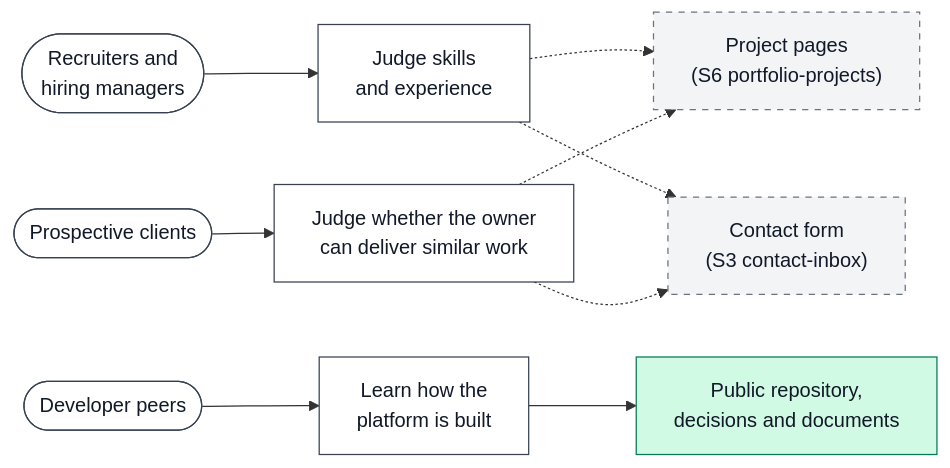
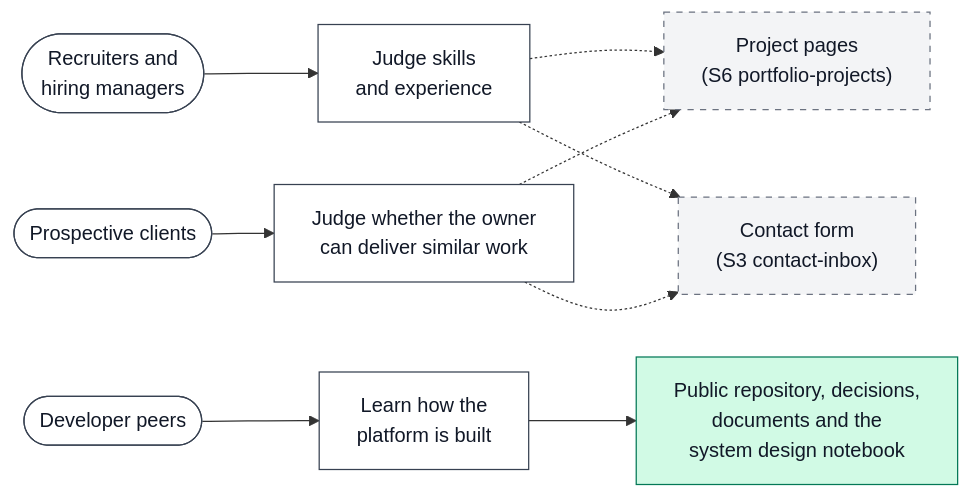
One commit to ycmcuenca/ycmcuenca-core changed the diagram in docs/PRODUCT.md. Above: the diagram before and after it, drawn with Mermaid. The commit also changed other lines of this file and 7 other files, not shown here.

First line of the commit message:
docs: link the living documents and the decision log to the notebook

````diff
--- a/docs/PRODUCT.md
+++ b/docs/PRODUCT.md
@@ -49,28 +50,28 @@
 ```mermaid
 flowchart LR
     recruiters(["Recruiters and<br/>hiring managers"]):::people
     clients(["Prospective clients"]):::people
     peers(["Developer peers"]):::people
 
     judge["Judge skills<br/>and experience"]:::people
     deliver["Judge whether the owner<br/>can deliver similar work"]:::people
     learn["Learn how the<br/>platform is built"]:::people
 
     projects["Project pages<br/>(S6 portfolio-projects)"]:::planned
     contact["Contact form<br/>(S3 contact-inbox)"]:::planned
-    repo["Public repository,<br/>decisions and documents"]:::built
+    repo["Public repository, decisions,<br/>documents and the<br/>system design notebook"]:::built
 
     recruiters --> judge
     clients --> deliver
     peers --> learn
 
     judge -.-> projects
     judge -.-> contact
     deliver -.-> projects
     deliver -.-> contact
     learn --> repo
 
     classDef people fill:#ffffff,stroke:#374151,color:#111827
     classDef built fill:#d1fae5,stroke:#047857,color:#111827
     classDef planned fill:#f3f4f6,stroke:#6b7280,color:#111827,stroke-dasharray:5 5
 ```
````
